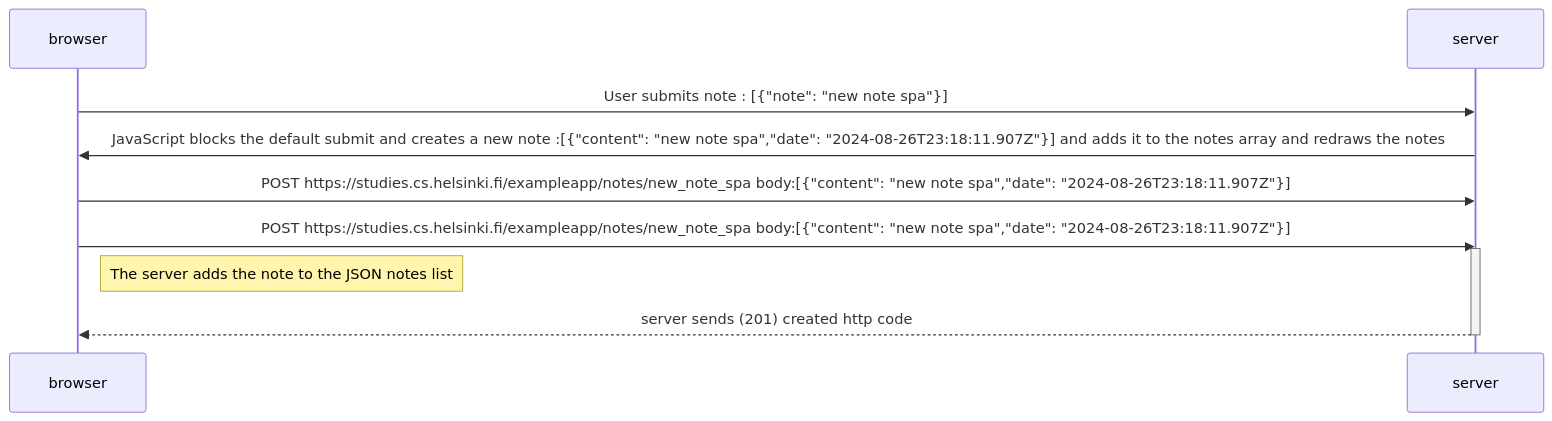
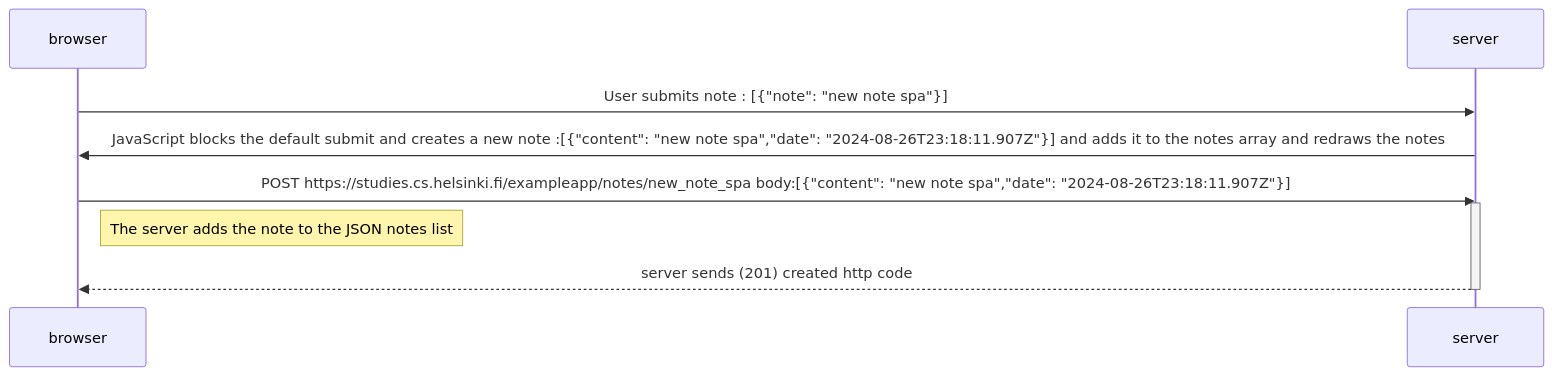
The diagram in part0/exercise_0_6.md (boularakSaraManel/FullStackOpen), drawn with Mermaid before and after one commit.

Commit message:
final exercise_0_6.md

````diff
--- a/part0/exercise_0_6.md
+++ b/part0/exercise_0_6.md
@@ -1,16 +1,15 @@
 ```mermaid
 sequenceDiagram
     participant browser
     participant server
 
     browser->>server: User submits note : [{"note": "new note spa"}] 
     server->>browser: JavaScript blocks the default submit and creates a new note :[{"content": "new note spa","date": "2024-08-26T23:18:11.907Z"}] and adds it to the notes array and redraws the notes
 
     browser->>server: POST https://studies.cs.helsinki.fi/exampleapp/notes/new_note_spa body:[{"content": "new note spa","date": "2024-08-26T23:18:11.907Z"}] 
-    browser->>server: POST https://studies.cs.helsinki.fi/exampleapp/notes/new_note_spa body:[{"content": "new note spa","date": "2024-08-26T23:18:11.907Z"}] 
     activate server
     Note right of browser: The server adds the note to the JSON notes list
     server-->>browser: server sends (201) created http code 
     deactivate server
 
 ```
````
